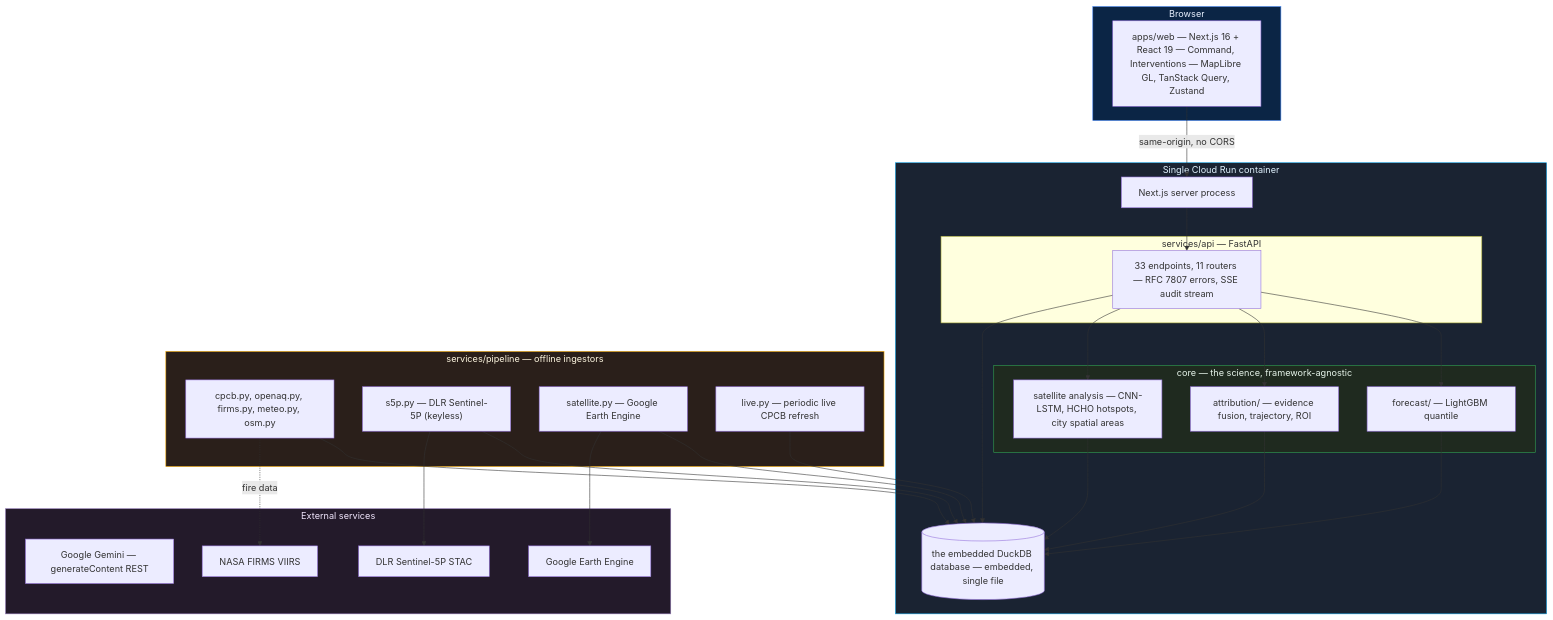
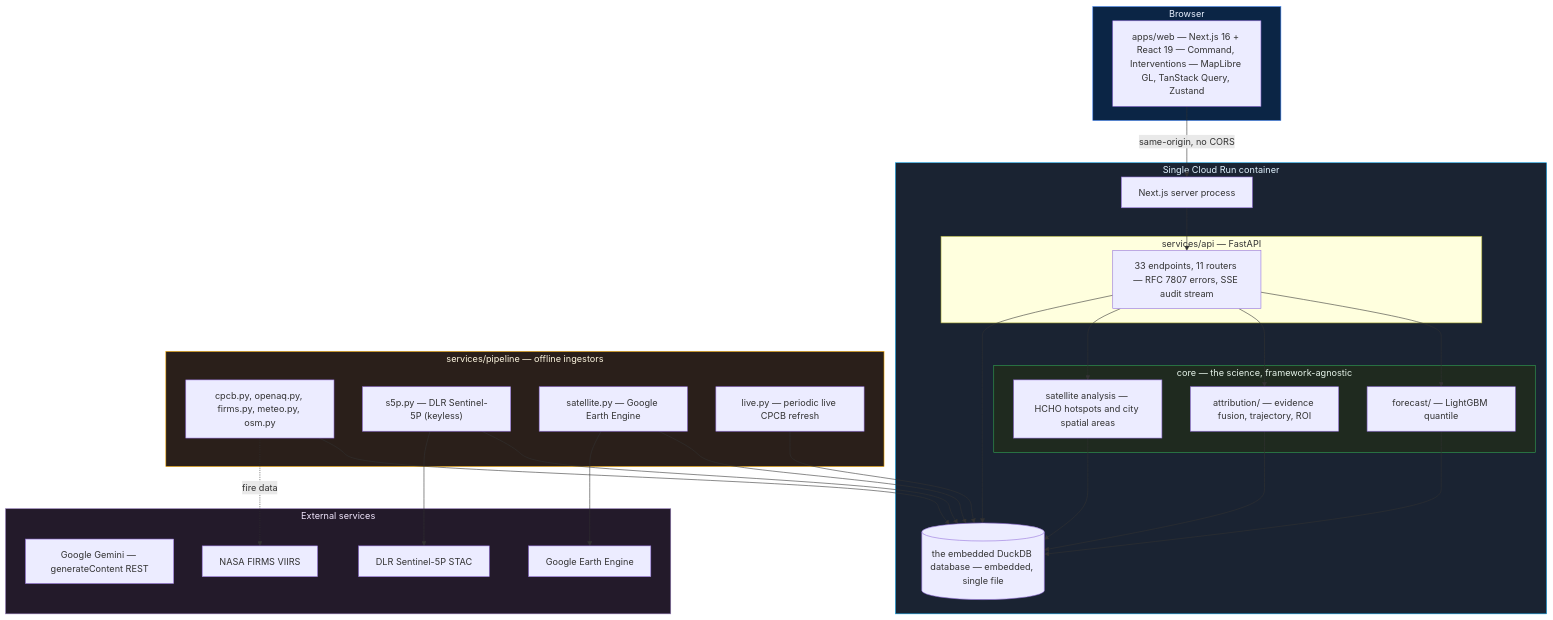
One commit to ashoka0402/final_year_project changed the second of 4 diagrams in README.md. Above: the diagram before and after it, drawn with Mermaid. The commit also changed other lines of this file and 10 other files, not shown here.

Commit message:
Remove CNN-LSTM from Aeris

````diff
--- a/README.md
+++ b/README.md
@@ -165,48 +160,48 @@
 ```mermaid
 flowchart TB
     subgraph client["Browser"]
         WEB["apps/web — Next.js 16 + React 19 — Command, Interventions — MapLibre GL, TanStack Query, Zustand"]
     end
 
     subgraph container["Single Cloud Run container"]
         NEXTPROC["Next.js server process"]
         subgraph api["services/api — FastAPI"]
             ROUTERS["33 endpoints, 11 routers — RFC 7807 errors, SSE audit stream"]
         end
         subgraph core["core — the science, framework-agnostic"]
             FC["forecast/ — LightGBM quantile"]
             ATTR["attribution/ — evidence fusion, trajectory, ROI"]
-            NAT["satellite analysis — CNN-LSTM, HCHO hotspots, city spatial areas"]
+            NAT["satellite analysis — HCHO hotspots and city spatial areas"]
         end
         DB[("the embedded DuckDB database — embedded, single file")]
     end
 
     subgraph pipe["services/pipeline — offline ingestors"]
         CPCB["cpcb.py, openaq.py, firms.py, meteo.py, osm.py"]
         S5P["s5p.py — DLR Sentinel-5P (keyless)"]
         SAT["satellite.py — Google Earth Engine"]
         LIVE["live.py — periodic live CPCB refresh"]
     end
 
     subgraph ext["External services"]
         GEMINI["Google Gemini — generateContent REST"]
         GEEEXT["Google Earth Engine"]
         DLR["DLR Sentinel-5P STAC"]
         FIRMSX["NASA FIRMS VIIRS"]
     end
 
     WEB -->|"same-origin, no CORS"| NEXTPROC --> ROUTERS
     ROUTERS --> FC & ATTR & NAT
     FC & ATTR & NAT --> DB
     ROUTERS --> DB
     CPCB & S5P & SAT & LIVE --> DB
     SAT --> GEEEXT
     S5P --> DLR
     CPCB -.fire data.-> FIRMSX
 
     style client fill:#0b2545,stroke:#4285F4,color:#e8f0fe
     style container fill:#1a2332,stroke:#0ea5e9,color:#e0f2fe
     style core fill:#1f2a1f,stroke:#34A853,color:#e6f4ea
     style pipe fill:#2a1f1a,stroke:#F9AB00,color:#fef7e0
     style ext fill:#231a2a,stroke:#8E75B2,color:#f3e8ff
 ```
````
